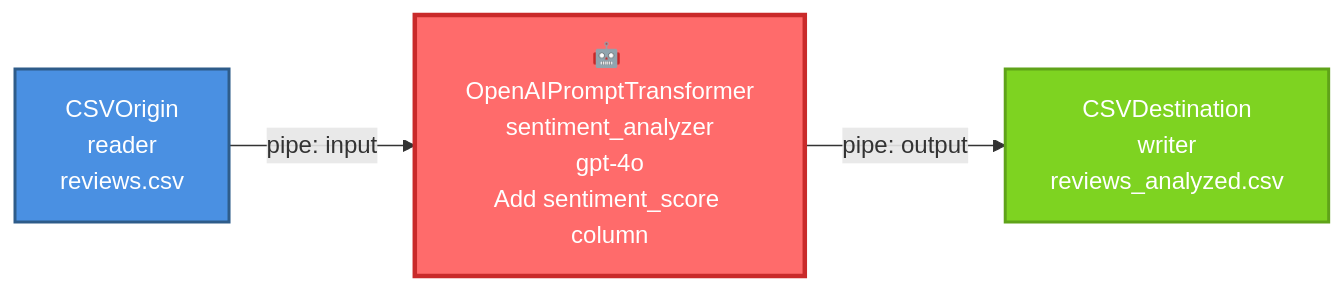
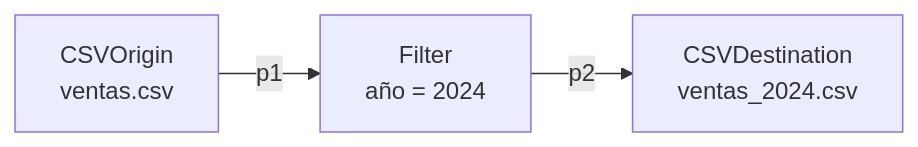
One commit to bernardo-colorado-dubois/open-stage changed the first of 3 diagrams in README.md. Above: the diagram before and after it, drawn with Mermaid. The commit also changed other lines of this file and 55 other files, not shown here.

````diff
--- a/README.md
+++ b/README.md
@@ -307,9 +80,5 @@
 ```mermaid
 graph LR
-    A[CSVOrigin<br/>reader<br/>reviews.csv] -->|pipe: input| B[🤖 OpenAIPromptTransformer<br/>sentiment_analyzer<br/>gpt-4o<br/>Add sentiment_score column]
-    B -->|pipe: output| C[CSVDestination<br/>writer<br/>reviews_analyzed.csv]
-    
-    style A fill:#4A90E2,stroke:#2E5C8A,stroke-width:2px,color:#fff
-    style B fill:#FF6B6B,stroke:#C92A2A,stroke-width:3px,color:#fff
-    style C fill:#7ED321,stroke:#5FA319,stroke-width:2px,color:#fff
+    A[CSVOrigin<br/>ventas.csv] -->|p1| B[Filter<br/>año = 2024]
+    B -->|p2| C[CSVDestination<br/>ventas_2024.csv]
 ```
````
